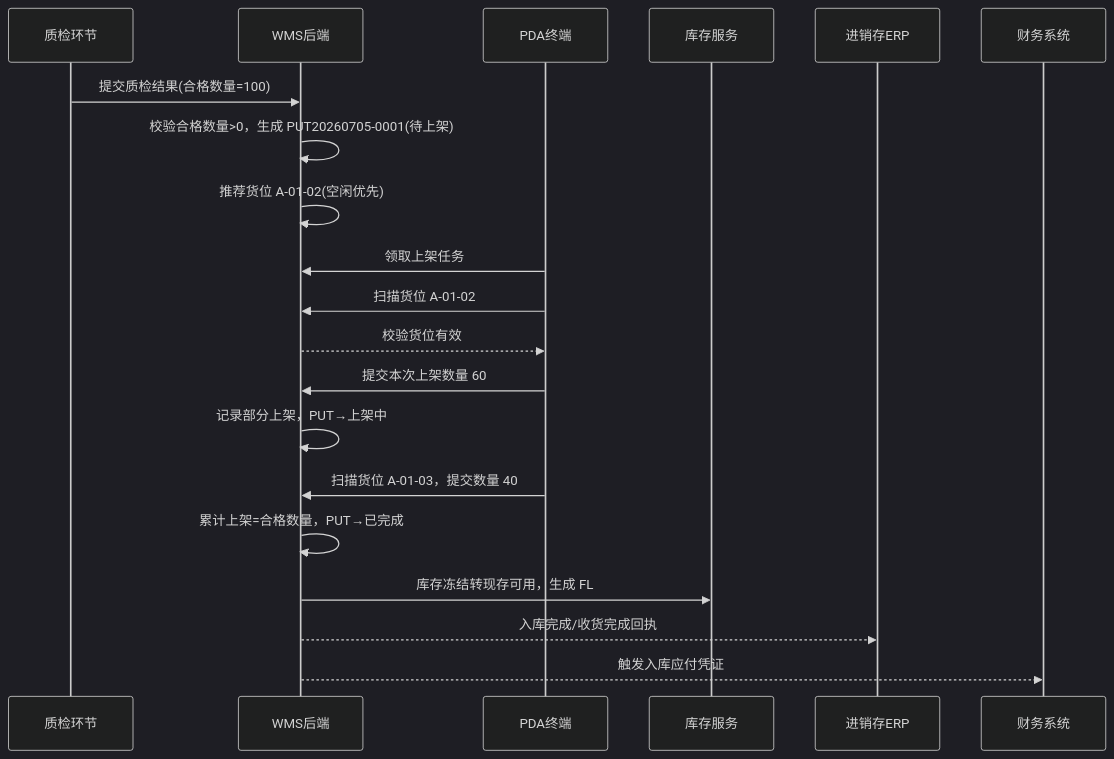
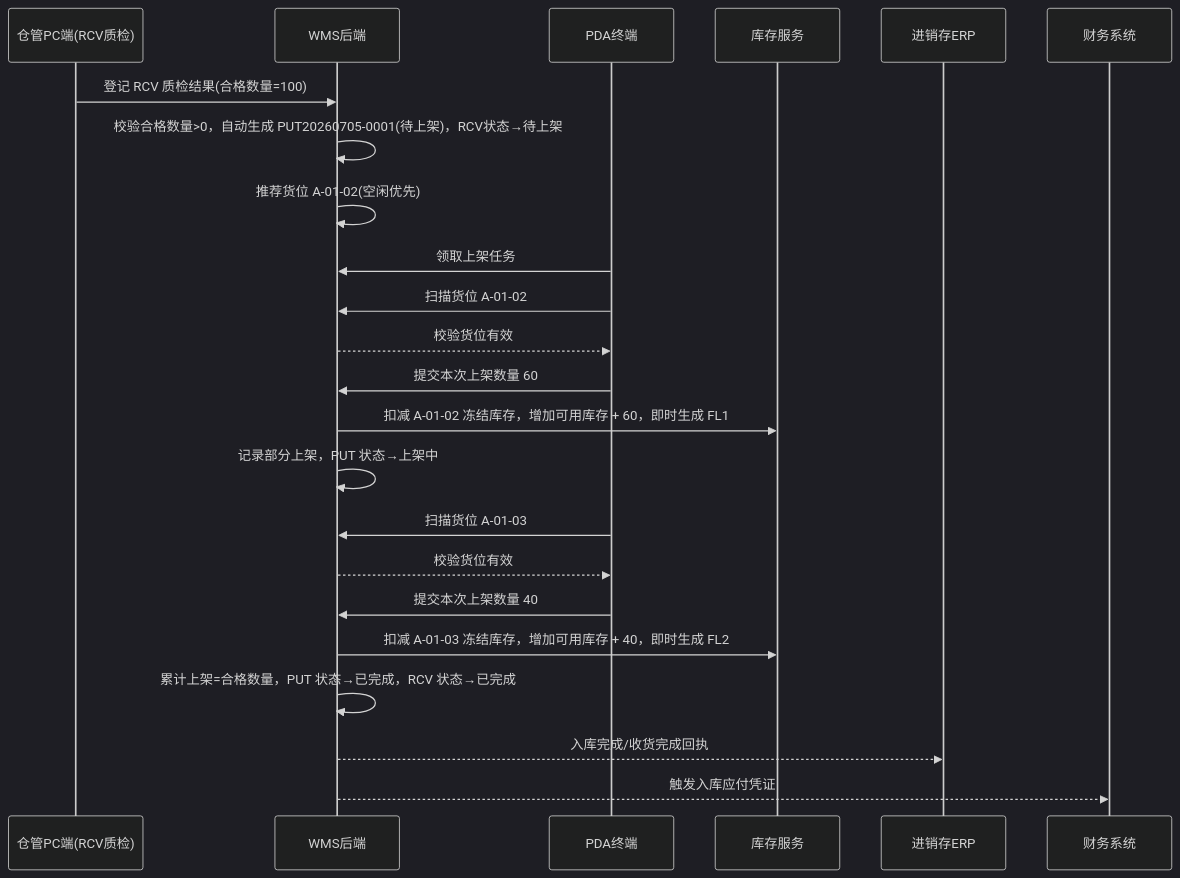
The second of 2 diagrams in prd-docs/入库管理/上架单/上架单_业务流程推演.md (lophyJessica/forge-crm), drawn with Mermaid (dark theme) before and after one commit. The commit also changed other lines of this file and 50 other files, not shown here.

````diff
--- a/prd-docs/入库管理/上架单/上架单_业务流程推演.md
+++ b/prd-docs/入库管理/上架单/上架单_业务流程推演.md
@@ -48,23 +46,26 @@
 ```mermaid
 sequenceDiagram
-    participant QC as 质检环节
+    participant PC as 仓管PC端(RCV质检)
     participant WMS as WMS后端
     participant PDA as PDA终端
     participant STOCK as 库存服务
     participant ERP as 进销存ERP
     participant FIN as 财务系统
 
-    QC->>WMS: 提交质检结果(合格数量=100)
-    WMS->>WMS: 校验合格数量>0，生成 PUT20260705-0001(待上架)
+    PC->>WMS: 登记 RCV 质检结果(合格数量=100)
+    WMS->>WMS: 校验合格数量>0，自动生成 PUT20260705-0001(待上架)，RCV状态→待上架
     WMS->>WMS: 推荐货位 A-01-02(空闲优先)
     PDA->>WMS: 领取上架任务
     PDA->>WMS: 扫描货位 A-01-02
     WMS-->>PDA: 校验货位有效
     PDA->>WMS: 提交本次上架数量 60
-    WMS->>WMS: 记录部分上架，PUT→上架中
-    PDA->>WMS: 扫描货位 A-01-03，提交数量 40
-    WMS->>WMS: 累计上架=合格数量，PUT→已完成
-    WMS->>STOCK: 库存冻结转现存可用，生成 FL
+    WMS->>STOCK: 扣减 A-01-02 冻结库存，增加可用库存 + 60，即时生成 FL1
+    WMS->>WMS: 记录部分上架，PUT 状态→上架中
+    PDA->>WMS: 扫描货位 A-01-03
+    WMS-->>PDA: 校验货位有效
+    PDA->>WMS: 提交本次上架数量 40
+    WMS->>STOCK: 扣减 A-01-03 冻结库存，增加可用库存 + 40，即时生成 FL2
+    WMS->>WMS: 累计上架=合格数量，PUT 状态→已完成，RCV 状态→已完成
     WMS-->>ERP: 入库完成/收货完成回执
     WMS-->>FIN: 触发入库应付凭证
 ```
````
